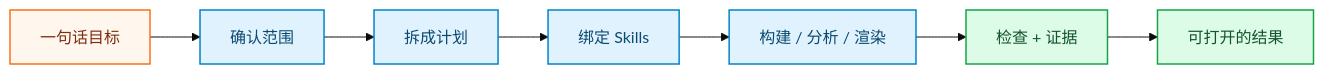
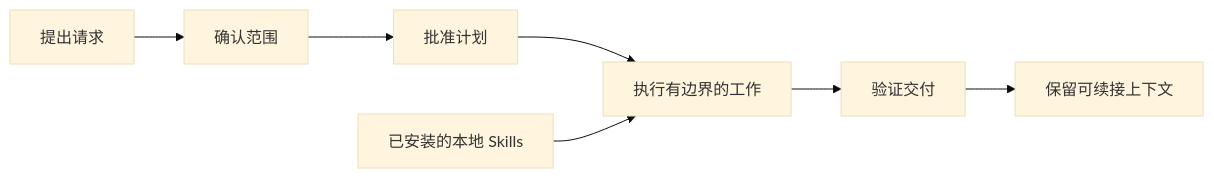
The diagram in README.zh.md (hallfay0/Vibe-Skills), drawn with Mermaid (base theme) before and after one commit. The commit also changed other lines of this file and 7 other files, not shown here.

````diff
--- a/README.zh.md
+++ b/README.zh.md
@@ -219,23 +41,9 @@
 ```mermaid
 flowchart LR
-    accTitle: VibeSkills 实践演示流程
-    accDescr: 一个用户目标经过范围确认、计划拆分、Skill 调用、执行检查，最后交付可打开的结果。
-
-    goal["一句话目标"]
-    freeze["确认范围"]
-    plan["拆成计划"]
-    route["绑定 Skills"]
-    work["构建 / 分析 / 渲染"]
-    proof["检查 + 证据"]
-    show["可打开的结果"]
-
-    goal --> freeze --> plan --> route --> work --> proof --> show
-
-    classDef goal fill:#fff7ed,stroke:#f97316,stroke-width:1.5px,color:#7c2d12
-    classDef flow fill:#e0f2fe,stroke:#0284c7,stroke-width:1.5px,color:#0c4a6e
-    classDef proof fill:#dcfce7,stroke:#16a34a,stroke-width:1.5px,color:#14532d
-
-    class goal goal
-    class freeze,plan,route,work flow
-    class proof,show proof
+    request["提出请求"] --> scope["确认范围"]
+    scope --> plan["批准计划"]
+    plan --> work["执行有边界的工作"]
+    skills["已安装的本地 Skills"] --> work
+    work --> verify["验证交付"]
+    verify --> resume["保留可续接上下文"]
 ```
````
